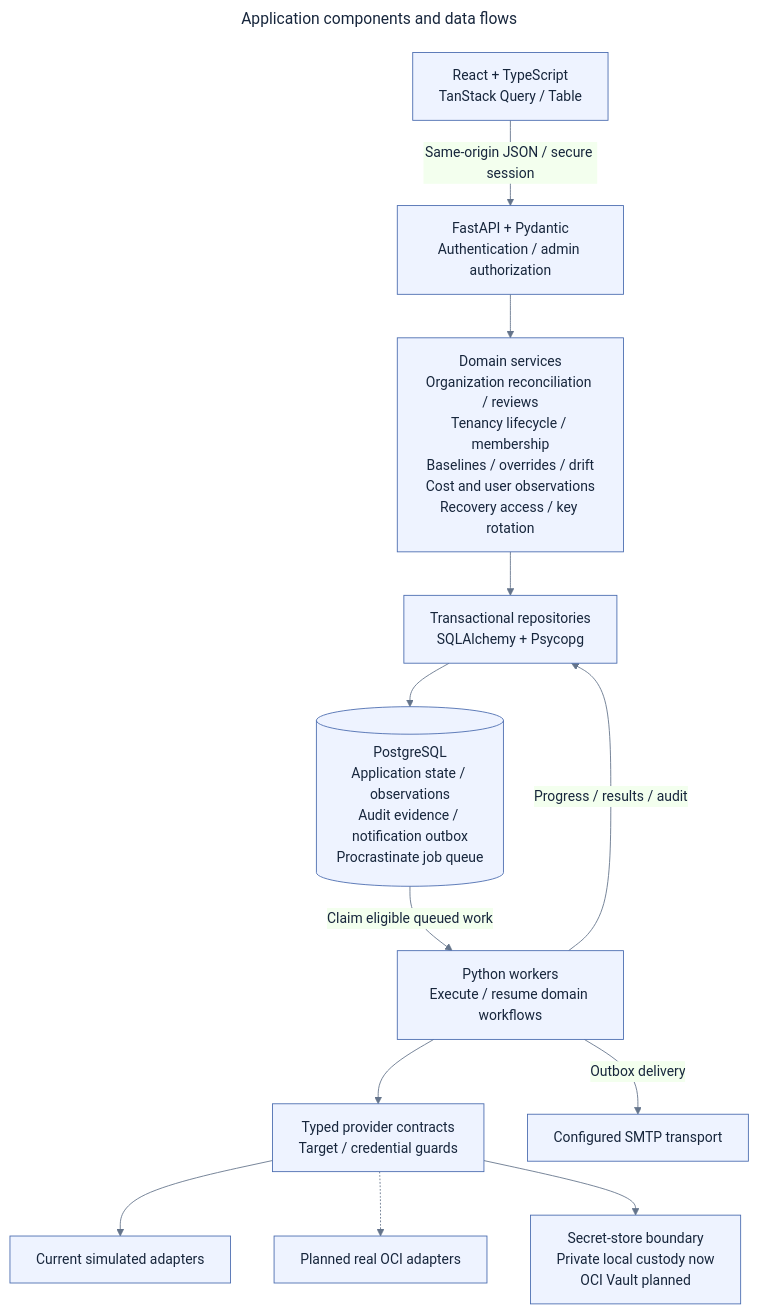
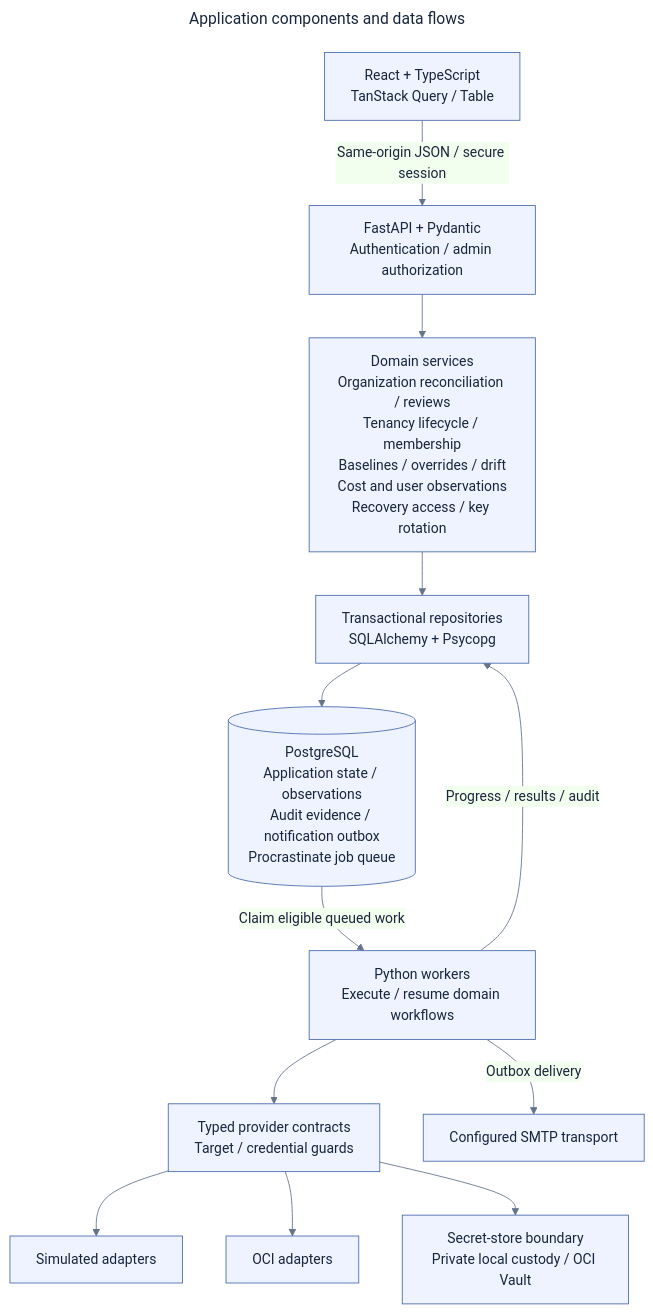
One commit to eshneken/oci-tenancy-manager changed the diagram in docs/architecture/diagrams/logical-architecture.mmd. Above: the diagram before and after it, drawn with Mermaid. The commit also changed 11 other files, not shown here.

Commit message:
Use stable architecture labels for OCI adapters and secret stores

```diff
--- a/docs/architecture/diagrams/logical-architecture.mmd
+++ b/docs/architecture/diagrams/logical-architecture.mmd
@@ -1,22 +1,22 @@
 ---
 title: Application components and data flows
 config:
   theme: base
   themeVariables:
     primaryColor: '#eef3ff'
     primaryTextColor: '#17263c'
     primaryBorderColor: '#496baf'
     lineColor: '#64748b'
 ---
 flowchart TB
   UI[React + TypeScript\nTanStack Query / Table] -->|Same-origin JSON / secure session| API[FastAPI + Pydantic\nAuthentication / admin authorization]
   API --> Domain[Domain services\nOrganization reconciliation / reviews\nTenancy lifecycle / membership\nBaselines / overrides / drift\nCost and user observations\nRecovery access / key rotation]
   Domain --> Repo[Transactional repositories\nSQLAlchemy + Psycopg]
   Repo --> DB[(PostgreSQL\nApplication state / observations\nAudit evidence / notification outbox\nProcrastinate job queue)]
   DB -->|Claim eligible queued work| Worker[Python workers\nExecute / resume domain workflows]
   Worker -->|Progress / results / audit| Repo
   Worker --> Provider[Typed provider contracts\nTarget / credential guards]
-  Provider --> Sim[Current simulated adapters]
-  Provider -.-> OCI[Planned real OCI adapters]
-  Provider --> Custody[Secret-store boundary\nPrivate local custody now\nOCI Vault planned]
+  Provider --> Sim[Simulated adapters]
+  Provider --> OCI[OCI adapters]
+  Provider --> Custody[Secret-store boundary\nPrivate local custody / OCI Vault]
   Worker -->|Outbox delivery| Mail[Configured SMTP transport]
```
